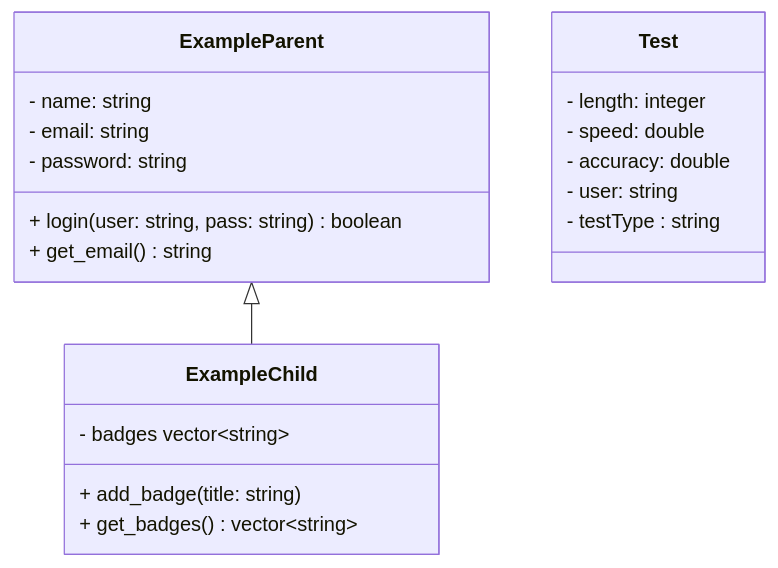
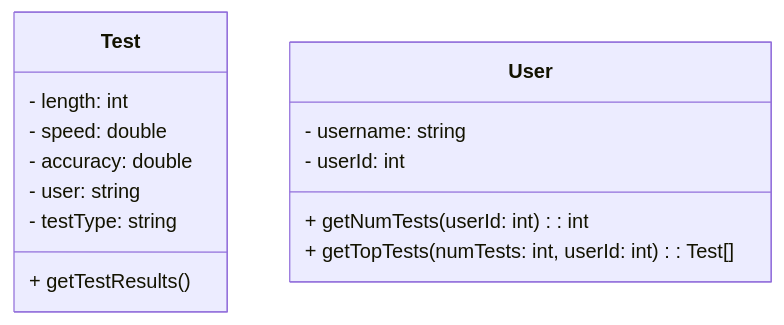
Before and after one commit to jbertrancsuc/tippitytappity-design: the diagram in README.md, drawn with Mermaid.

````diff
--- a/README.md
+++ b/README.md
@@ -8,26 +8,24 @@
 ```mermaid
-classDiagram
-  ExampleParent <|-- ExampleChild
-  class ExampleParent{
-        - name: string
-        - email: string
-        - password: string
-        + login(user: string, pass: string) boolean
-        + get_email() string
-  }
-  class ExampleChild{
-        - badges vector~string~
-        + add_badge(title: string)
-        + get_badges() vector~string~
-  }
 
- class Test{
-        - length: integer
-        - speed: double
-        - accuracy: double
-        - user: string
-        - testType : string
-  }
+ classDiagram
 
-calss Res
+class Test {
+    - length: int
+    - speed: double
+    - accuracy: double
+    - user: string
+    - testType: string
+    + getTestResults() 
+}
+
+class User {
+    - username: string
+    - userId: int
+    + getNumTests(userId: int): int
+    + getTopTests(numTests: int, userId: int): Test[]
+    
+}
+
+
+
 ```
````
